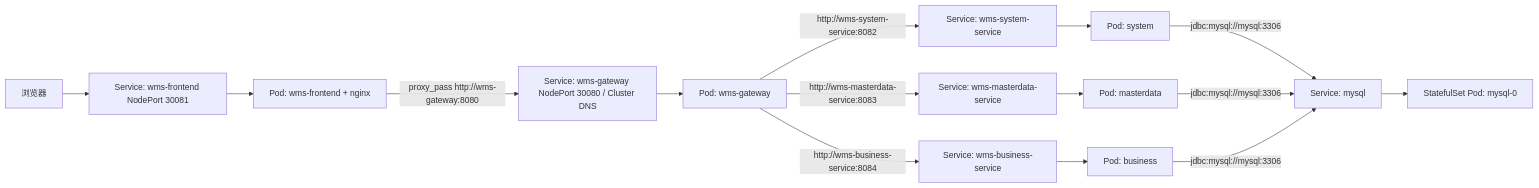
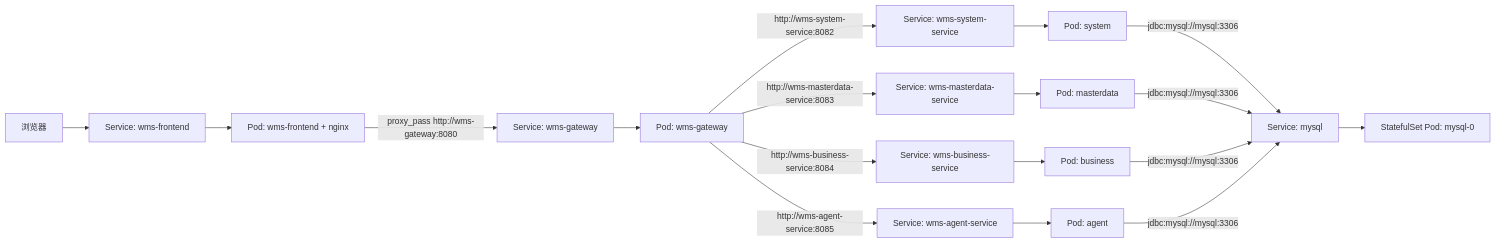
One commit to zhangchixi2333-svg/wms-springcloud changed the diagram in docs/kubernetes/k8s-service-discovery-and-full-chain-guide.md. Above: the diagram before and after it, drawn with Mermaid. The commit also changed other lines of this file and 47 other files, not shown here.

````diff
--- a/docs/kubernetes/k8s-service-discovery-and-full-chain-guide.md
+++ b/docs/kubernetes/k8s-service-discovery-and-full-chain-guide.md
@@ -646,25 +509,29 @@
 ```mermaid
 flowchart LR
   Browser["浏览器"]
-  FrontendSvc["Service: wms-frontend NodePort 30081"]
+  FrontendSvc["Service: wms-frontend"]
   FrontendPod["Pod: wms-frontend + nginx"]
-  GatewaySvc["Service: wms-gateway NodePort 30080 / Cluster DNS"]
+  GatewaySvc["Service: wms-gateway"]
   GatewayPod["Pod: wms-gateway"]
   SystemSvc["Service: wms-system-service"]
   MasterSvc["Service: wms-masterdata-service"]
   BusinessSvc["Service: wms-business-service"]
+  AgentSvc["Service: wms-agent-service"]
   SystemPod["Pod: system"]
   MasterPod["Pod: masterdata"]
   BusinessPod["Pod: business"]
+  AgentPod["Pod: agent"]
   MysqlSvc["Service: mysql"]
   MysqlPod["StatefulSet Pod: mysql-0"]
 
   Browser --> FrontendSvc --> FrontendPod
   FrontendPod -->|"proxy_pass http://wms-gateway:8080"| GatewaySvc --> GatewayPod
   GatewayPod -->|"http://wms-system-service:8082"| SystemSvc --> SystemPod
   GatewayPod -->|"http://wms-masterdata-service:8083"| MasterSvc --> MasterPod
   GatewayPod -->|"http://wms-business-service:8084"| BusinessSvc --> BusinessPod
+  GatewayPod -->|"http://wms-agent-service:8085"| AgentSvc --> AgentPod
   SystemPod -->|"jdbc:mysql://mysql:3306"| MysqlSvc --> MysqlPod
   MasterPod -->|"jdbc:mysql://mysql:3306"| MysqlSvc
   BusinessPod -->|"jdbc:mysql://mysql:3306"| MysqlSvc
+  AgentPod -->|"jdbc:mysql://mysql:3306"| MysqlSvc
 ```
````
